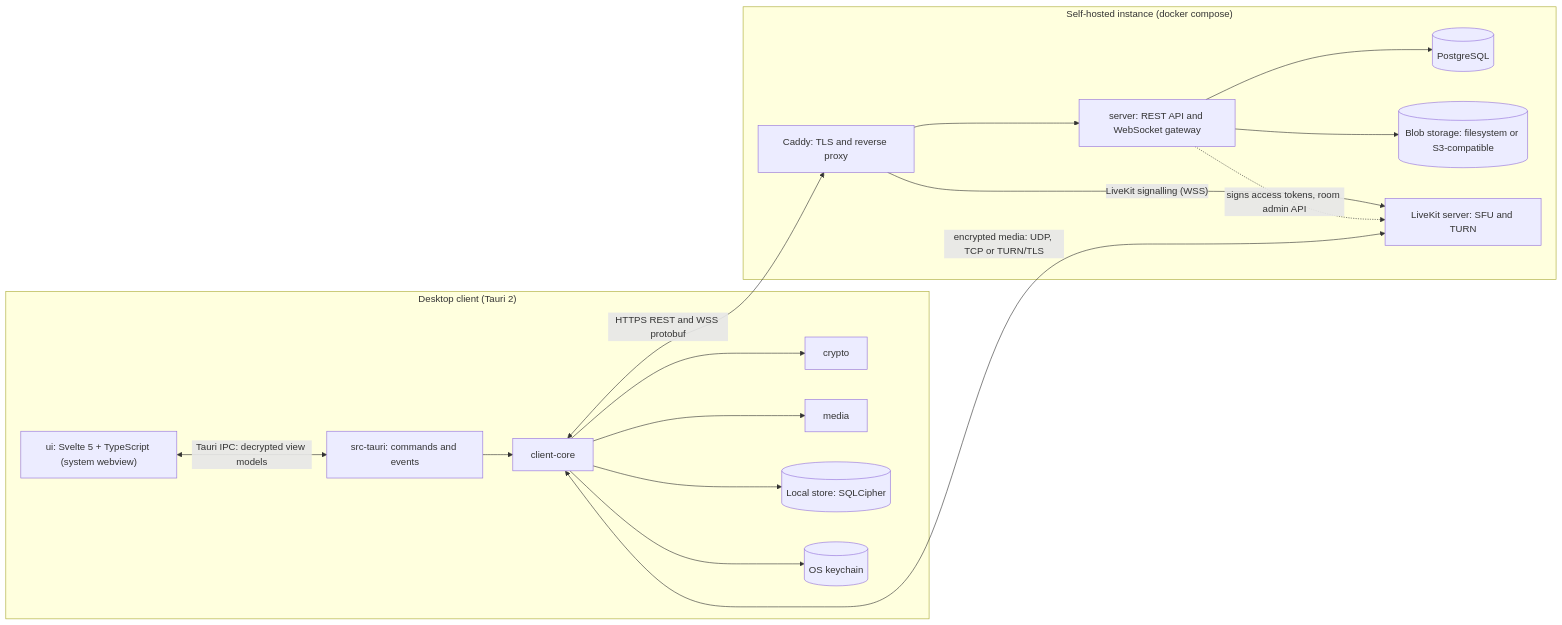
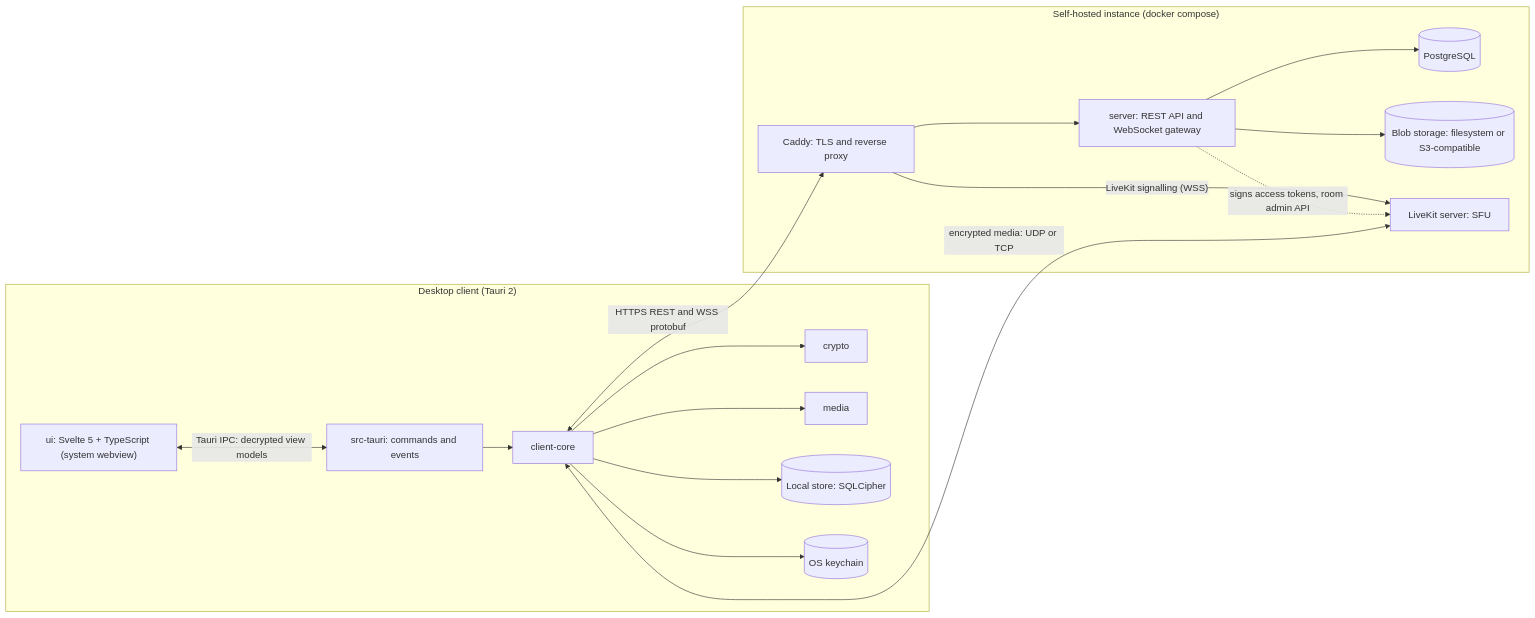
One commit to JulienVZ/tavern changed the first of 9 diagrams in docs/architecture.md. Above: the diagram before and after it, drawn with Mermaid. The commit also changed other lines of this file and 8 other files, not shown here.

````diff
--- a/docs/architecture.md
+++ b/docs/architecture.md
@@ -9,34 +9,34 @@
 ```mermaid
 flowchart LR
   subgraph Desktop["Desktop client (Tauri 2)"]
     UI["ui: Svelte 5 + TypeScript (system webview)"]
     Glue["src-tauri: commands and events"]
     Core["client-core"]
     Crypto["crypto"]
     Media["media"]
     Store[("Local store: SQLCipher")]
     Keychain[("OS keychain")]
   end
 
   subgraph Instance["Self-hosted instance (docker compose)"]
     Caddy["Caddy: TLS and reverse proxy"]
     Server["server: REST API and WebSocket gateway"]
     PG[("PostgreSQL")]
     Blobs[("Blob storage: filesystem or S3-compatible")]
-    LK["LiveKit server: SFU and TURN"]
+    LK["LiveKit server: SFU"]
   end
 
   UI <-->|"Tauri IPC: decrypted view models"| Glue
   Glue --> Core
   Core --> Crypto
   Core --> Media
   Core --> Store
   Core --> Keychain
   Core <-->|"HTTPS REST and WSS protobuf"| Caddy
   Caddy --> Server
   Caddy -->|"LiveKit signalling (WSS)"| LK
   Server --> PG
   Server --> Blobs
   Server -.->|"signs access tokens, room admin API"| LK
-  Core <-->|"encrypted media: UDP, TCP or TURN/TLS"| LK
+  Core <-->|"encrypted media: UDP or TCP"| LK
 ```
````
